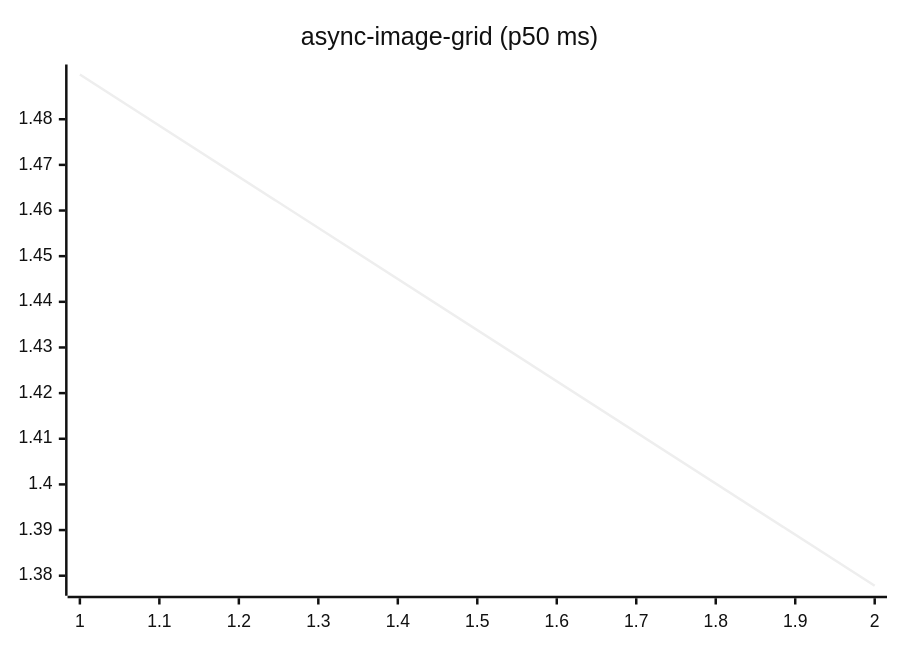
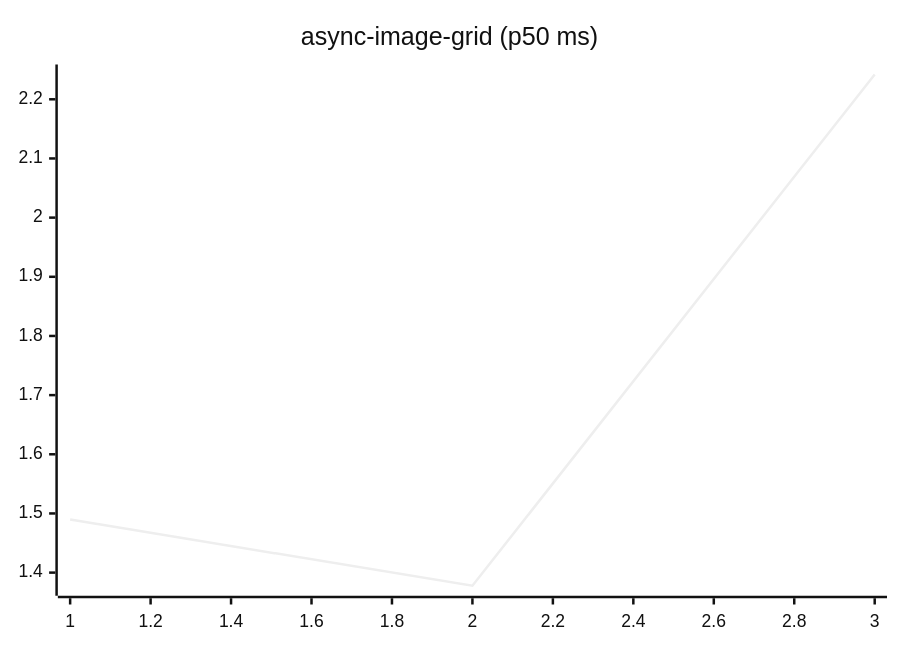
One commit to josha/Facet changed the fifth of 27 diagrams in README.md. Above: the diagram before and after it, drawn with Mermaid (neutral theme). The commit also changed other lines of this file and 2 other files, not shown here.

````diff
--- a/README.md
+++ b/README.md
@@ -91,6 +91,6 @@
 ```mermaid
 xychart-beta
     title "async-image-grid (p50 ms)"
-    x-axis 1 --> 2
-    line [1.4898, 1.3778]
+    x-axis 1 --> 3
+    line [1.4898, 1.3778, 2.2419]
 ```
````
